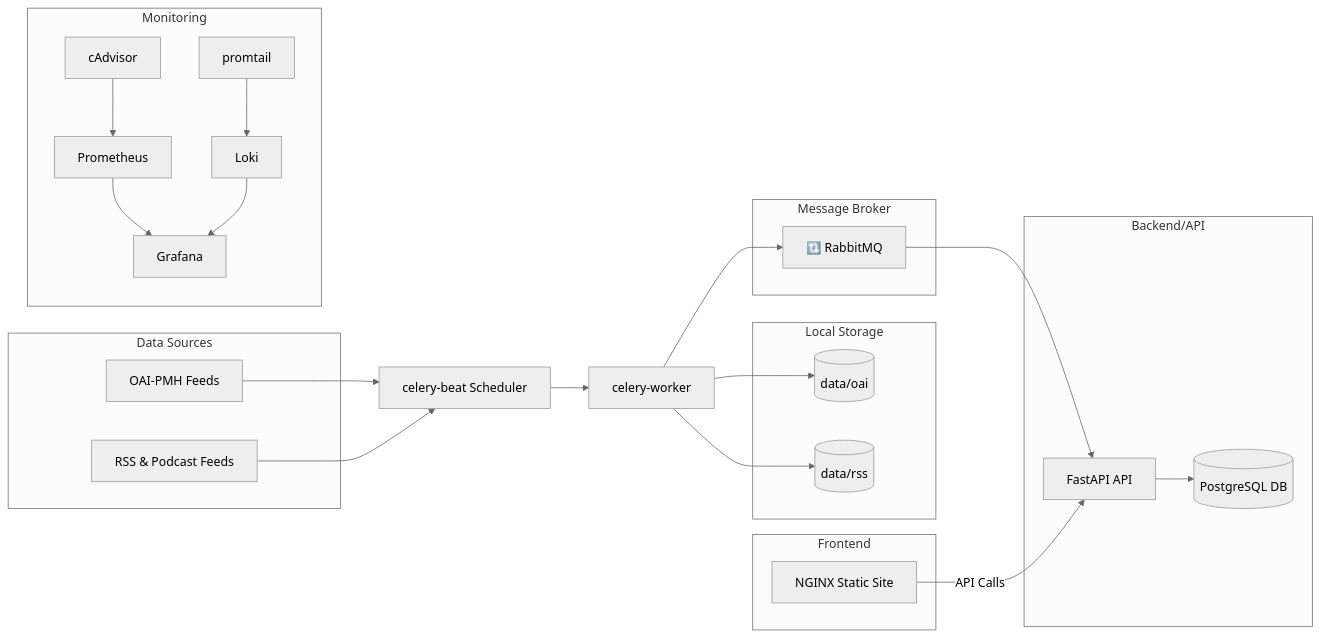
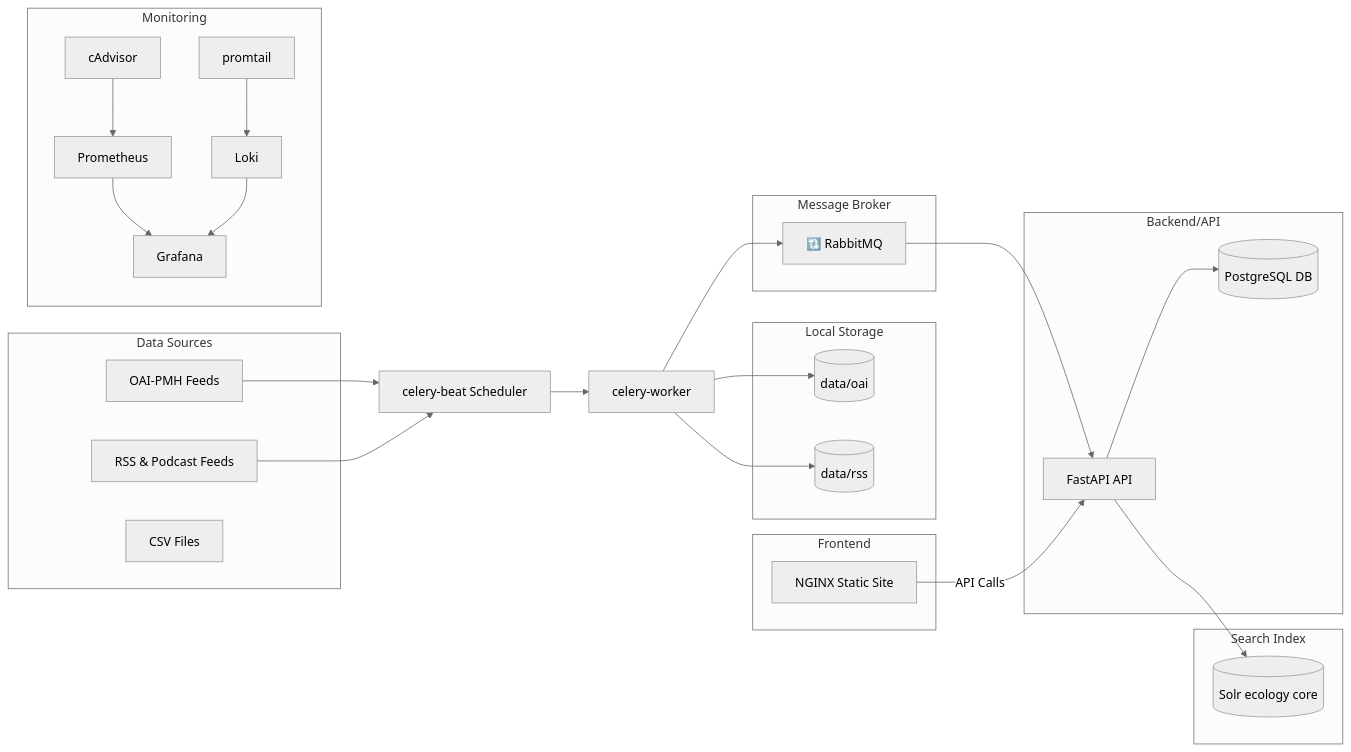
The diagram in README.md (waynegraham/dlie_infrastructure), drawn with Mermaid (neutral theme) before and after one commit. The commit also changed other lines of this file, not shown here.

````diff
--- a/README.md
+++ b/README.md
@@ -15,41 +15,46 @@
 ```mermaid
 flowchart LR
     subgraph Data Sources
         A[OAI-PMH Feeds]
         B[RSS & Podcast Feeds]
+        C[CSV Files]
     end
     A --> CEL_Beat[celery-beat Scheduler]
     B --> CEL_Beat
     CEL_Beat --> CEL_Worker[celery-worker]
     subgraph Local Storage
         OAI_DIR[(data/oai)]
         RSS_DIR[(data/rss)]
     end
     CEL_Worker --> OAI_DIR
     CEL_Worker --> RSS_DIR
     subgraph Message Broker
         RabbitMQ[🔃 RabbitMQ]
     end
     CEL_Worker --> RabbitMQ
     subgraph Backend/API
         FastAPI[FastAPI API]
         Postgres[(PostgreSQL DB)]
     end
     RabbitMQ --> FastAPI
     FastAPI --> Postgres
+    subgraph Search Index
+        Solr[(Solr ecology core)]
+    end
+    FastAPI --> Solr
     subgraph Frontend
         NGINX[NGINX Static Site]
     end
     NGINX -->|API Calls| FastAPI
     subgraph Monitoring
         cAdvisor[cAdvisor]
         Prometheus[Prometheus]
         Grafana[Grafana]
         promtail[promtail]
         Loki[Loki]
     end
     cAdvisor --> Prometheus
     Prometheus --> Grafana
     promtail --> Loki
     Loki --> Grafana
 ```
````
